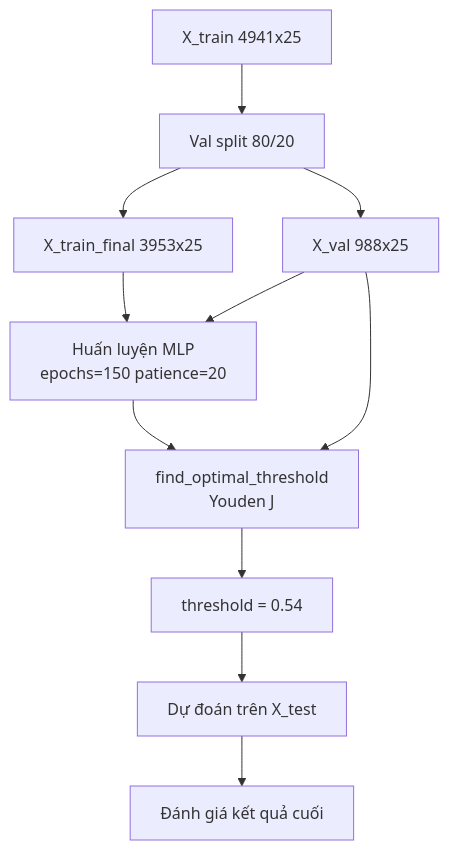
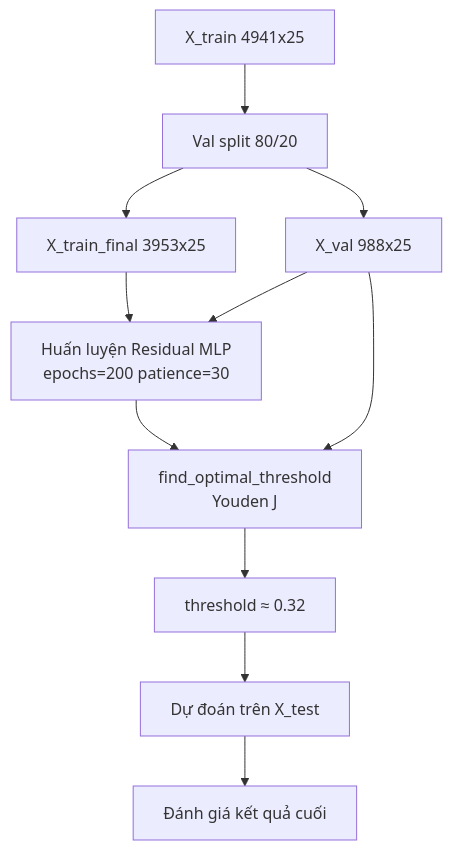
Before and after one commit to doanthetin193/Customer_Churn_Prediction_ML: the third of 12 diagrams in BAO_CAO_TIEU_LUAN.md, drawn with Mermaid. The commit also changed other lines of this file and 11 other files, not shown here.

First line of the commit message:
feat: Residual MLP + Focal Loss + interaction features, update report

````diff
--- a/BAO_CAO_TIEU_LUAN.md
+++ b/BAO_CAO_TIEU_LUAN.md
@@ -281,13 +291,13 @@
 ```mermaid
 flowchart TD
     A[X_train 4941x25] --> B[Val split 80/20]
     B --> C[X_train_final 3953x25]
     B --> D[X_val 988x25]
-    C --> E[Huấn luyện MLP\nepochs=150 patience=20]
+    C --> E[Huấn luyện Residual MLP\nepochs=200 patience=30]
     D --> E
     D --> F[find_optimal_threshold\nYouden J]
     E --> F
-    F --> G[threshold = 0.54]
+    F --> G[threshold ≈ 0.32]
     G --> H[Dự đoán trên X_test]
     H --> I[Đánh giá kết quả cuối]
 ```
````
